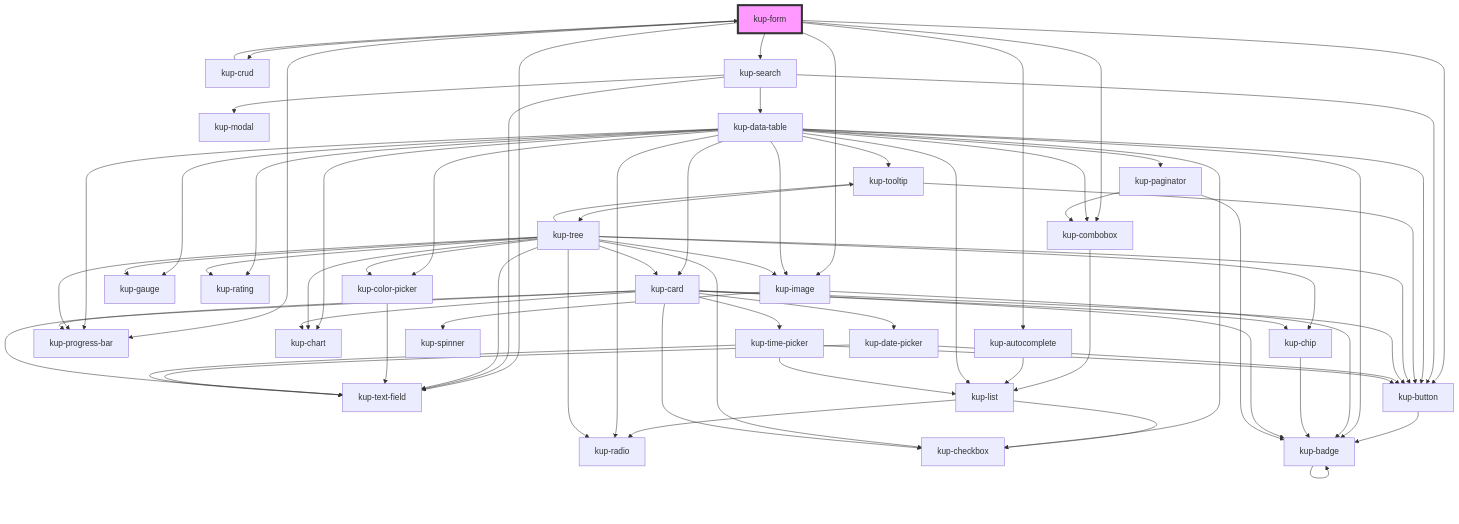
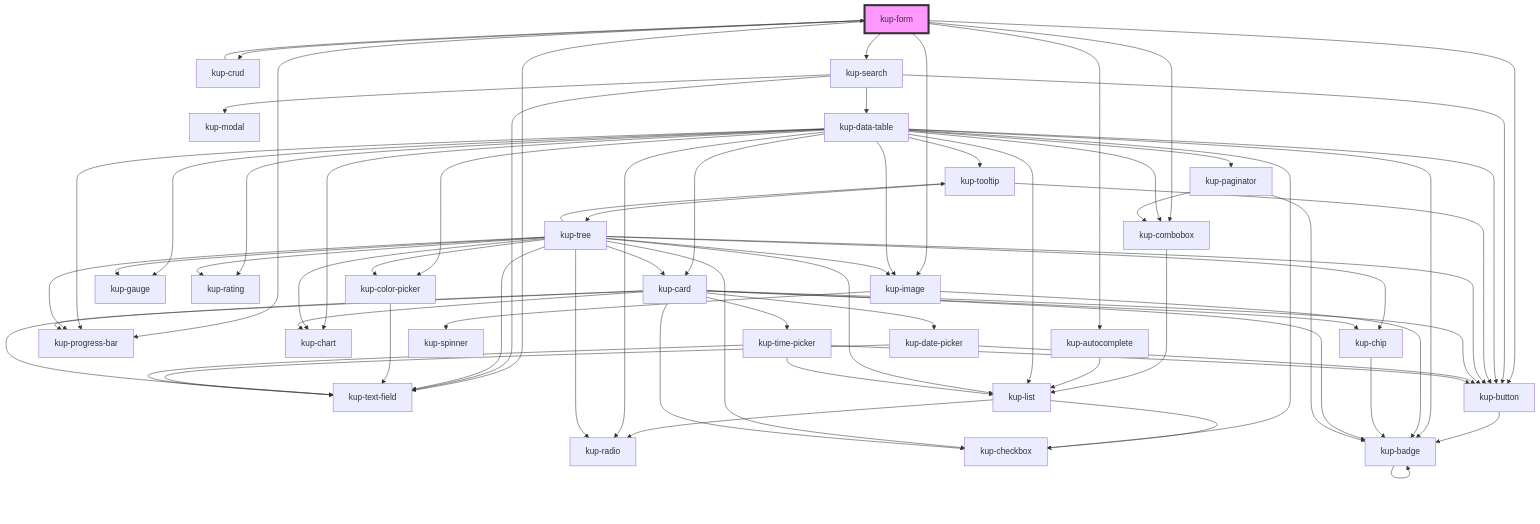
Before and after one commit to smeup/ketchup: the diagram in packages/ketchup/src/components/kup-form/readme.md, drawn with Mermaid. The commit also changed 10 other files, not shown here.

````diff
--- a/packages/ketchup/src/components/kup-form/readme.md
+++ b/packages/ketchup/src/components/kup-form/readme.md
@@ -131,73 +131,74 @@
 ```mermaid
 graph TD;
   kup-form --> kup-combobox
   kup-form --> kup-crud
   kup-form --> kup-autocomplete
   kup-form --> kup-search
   kup-form --> kup-image
   kup-form --> kup-progress-bar
   kup-form --> kup-text-field
   kup-form --> kup-button
   kup-combobox --> kup-list
   kup-list --> kup-radio
   kup-list --> kup-checkbox
   kup-crud --> kup-form
   kup-button --> kup-badge
   kup-badge --> kup-badge
   kup-autocomplete --> kup-list
   kup-search --> kup-text-field
   kup-search --> kup-button
   kup-search --> kup-modal
   kup-search --> kup-data-table
   kup-data-table --> kup-checkbox
   kup-data-table --> kup-tooltip
   kup-data-table --> kup-list
   kup-data-table --> kup-image
   kup-data-table --> kup-button
   kup-data-table --> kup-chart
   kup-data-table --> kup-color-picker
   kup-data-table --> kup-gauge
   kup-data-table --> kup-progress-bar
   kup-data-table --> kup-rating
   kup-data-table --> kup-radio
   kup-data-table --> kup-paginator
   kup-data-table --> kup-combobox
   kup-data-table --> kup-card
   kup-data-table --> kup-badge
   kup-tooltip --> kup-button
   kup-tooltip --> kup-tree
   kup-tree --> kup-image
   kup-tree --> kup-button
   kup-tree --> kup-chart
   kup-tree --> kup-checkbox
   kup-tree --> kup-chip
   kup-tree --> kup-color-picker
   kup-tree --> kup-gauge
   kup-tree --> kup-progress-bar
   kup-tree --> kup-rating
   kup-tree --> kup-radio
   kup-tree --> kup-tooltip
+  kup-tree --> kup-list
   kup-tree --> kup-text-field
   kup-tree --> kup-card
   kup-image --> kup-spinner
   kup-image --> kup-badge
   kup-chip --> kup-badge
   kup-color-picker --> kup-text-field
   kup-card --> kup-chip
   kup-card --> kup-button
   kup-card --> kup-badge
   kup-card --> kup-progress-bar
   kup-card --> kup-chart
   kup-card --> kup-checkbox
   kup-card --> kup-date-picker
   kup-card --> kup-text-field
   kup-card --> kup-time-picker
   kup-date-picker --> kup-text-field
   kup-date-picker --> kup-button
   kup-time-picker --> kup-text-field
   kup-time-picker --> kup-button
   kup-time-picker --> kup-list
   kup-paginator --> kup-combobox
   kup-paginator --> kup-badge
   style kup-form fill:#f9f,stroke:#333,stroke-width:4px
 ```
````
